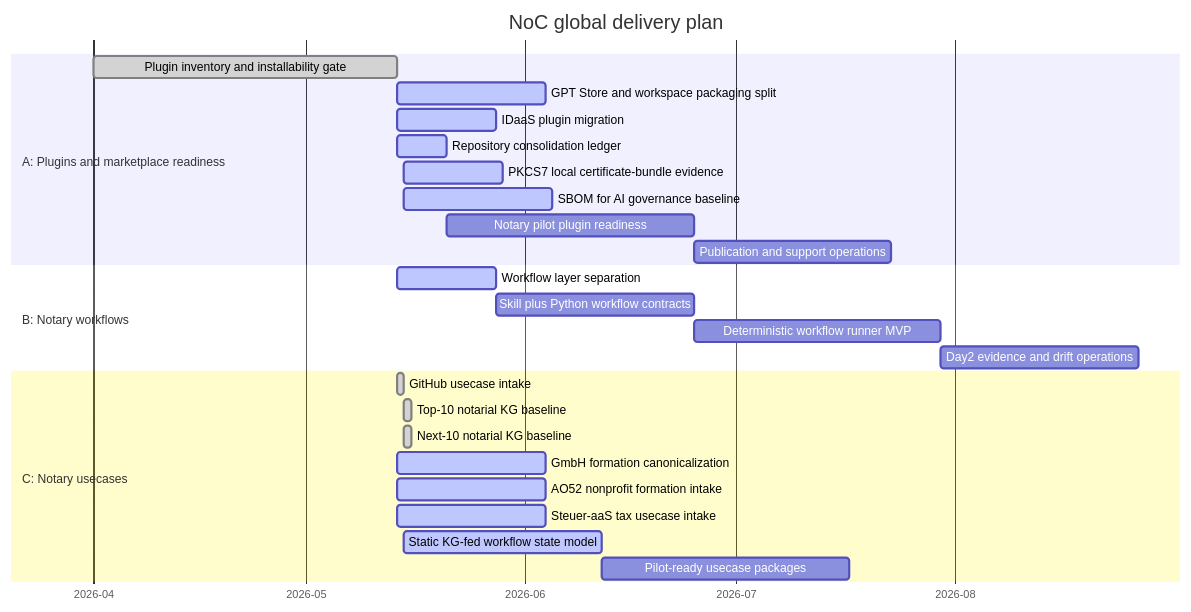
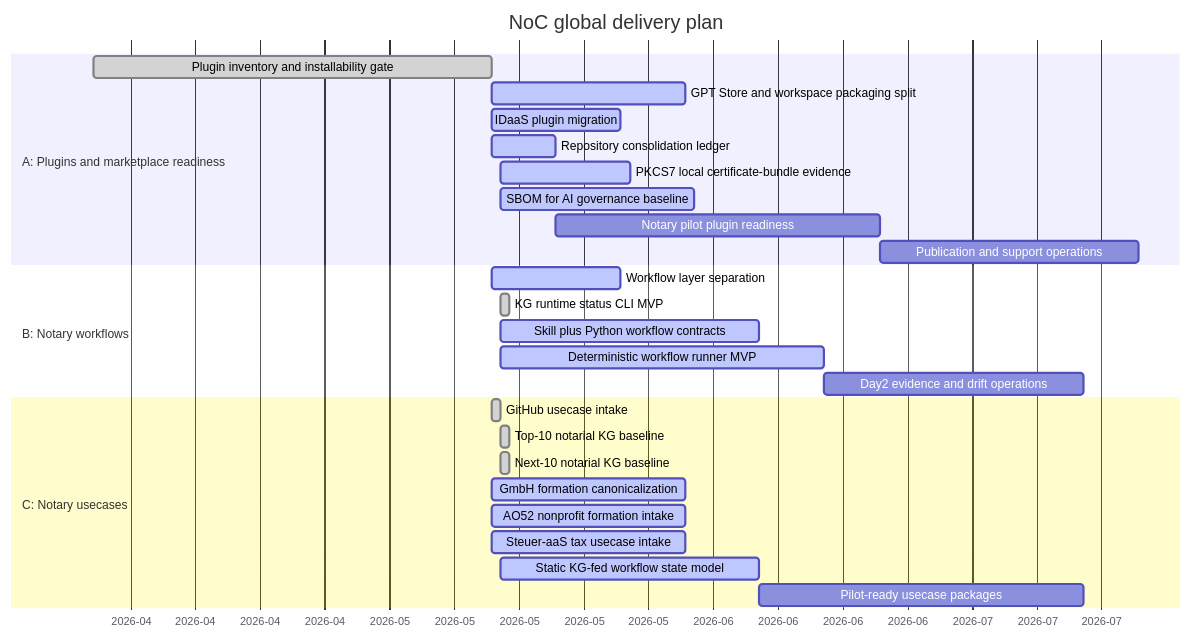
Before and after one commit to notariat8/NaC: the diagram in roadmap/GANTT.md, drawn with Mermaid. The commit also changed other lines of this file and 10 other files, not shown here.

````diff
--- a/roadmap/GANTT.md
+++ b/roadmap/GANTT.md
@@ -12,32 +12,33 @@
 ```mermaid
 gantt
     title NoC global delivery plan
     dateFormat  YYYY-MM-DD
     axisFormat  %Y-%m
 
     section A: Plugins and marketplace readiness
     Plugin inventory and installability gate     :done,    a1, 2026-04-01, 2026-05-14
     GPT Store and workspace packaging split      :active,  a2, 2026-05-14, 21d
     IDaaS plugin migration                       :active,  a3, 2026-05-14, 14d
     Repository consolidation ledger              :active,  a4, 2026-05-14, 7d
     PKCS7 local certificate-bundle evidence      :active,  a4a, 2026-05-15, 14d
     SBOM for AI governance baseline              :active,  a4b, 2026-05-15, 21d
     Notary pilot plugin readiness                :         a5, after a4, 35d
     Publication and support operations           :         a6, after a5, 28d
 
     section B: Notary workflows
     Workflow layer separation                    :active,  b1, 2026-05-14, 14d
-    Skill plus Python workflow contracts         :         b2, after b1, 28d
-    Deterministic workflow runner MVP            :         b3, after b2, 35d
+    KG runtime status CLI MVP                    :done,    b1a, 2026-05-15, 1d
+    Skill plus Python workflow contracts         :active,  b2, 2026-05-15, 28d
+    Deterministic workflow runner MVP            :active,  b3, 2026-05-15, 35d
     Day2 evidence and drift operations           :         b4, after b3, 28d
 
     section C: Notary usecases
     GitHub usecase intake                        :done,    c1, 2026-05-14, 1d
     Top-10 notarial KG baseline                  :done,    c2, 2026-05-15, 1d
     Next-10 notarial KG baseline                 :done,    c3, 2026-05-15, 1d
     GmbH formation canonicalization              :active,  c4, 2026-05-14, 21d
     AO52 nonprofit formation intake              :active,  c5, 2026-05-14, 21d
     Steuer-aaS tax usecase intake                :active,  c6, 2026-05-14, 21d
     Static KG-fed workflow state model           :active,  c7, 2026-05-15, 28d
     Pilot-ready usecase packages                 :         c8, after c7, 35d
 ```
````
